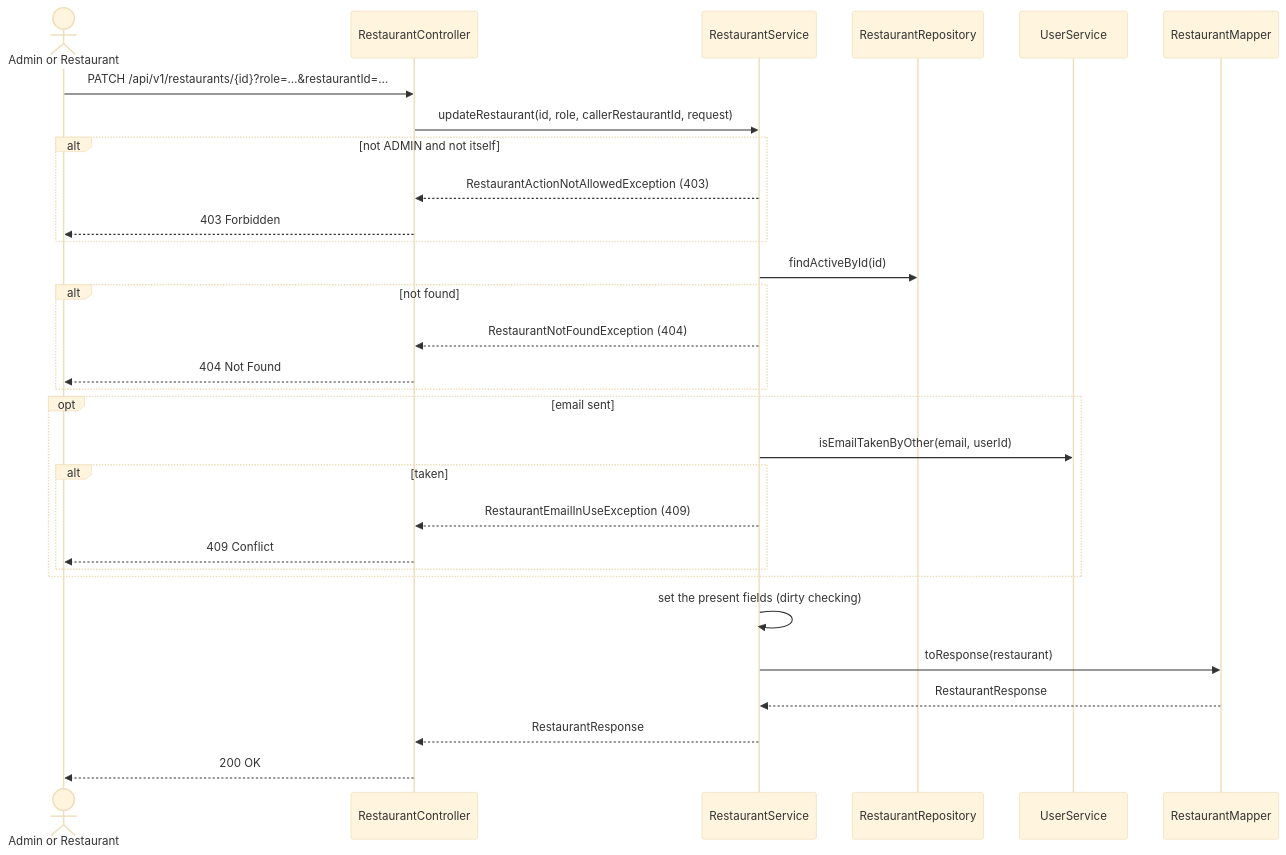
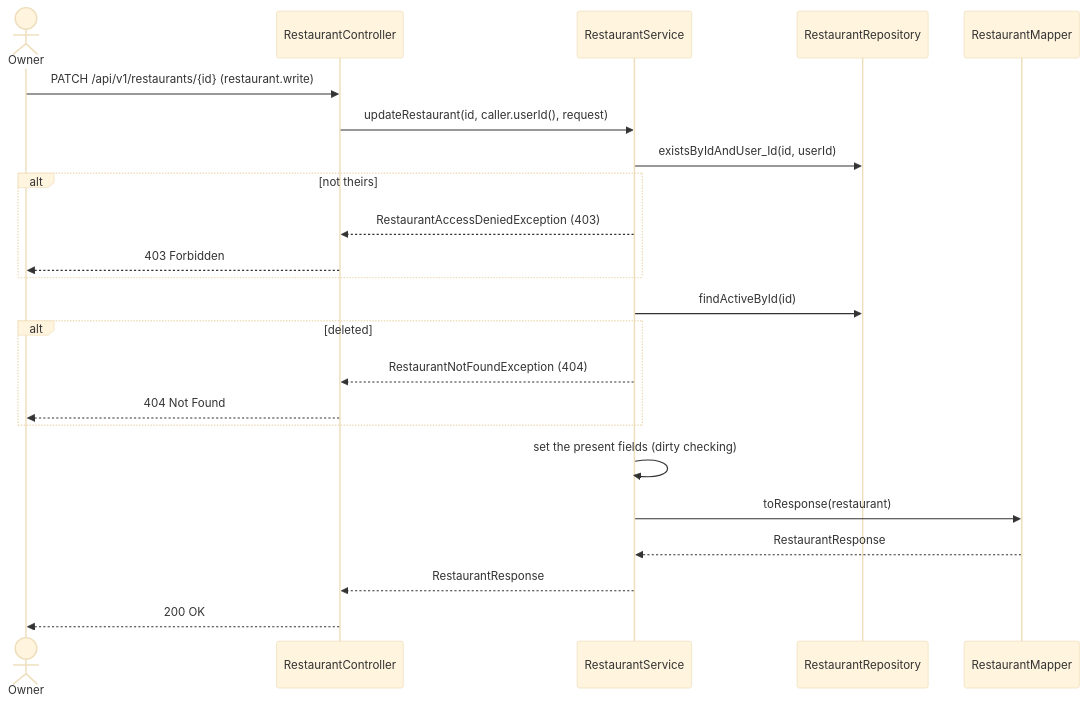
The second of 2 diagrams in restaurant/.docs/use-cases/restaurant-management/update-restaurant/update-restaurant.md (msmohammed0077-cmd/mentorship-restaurant), drawn with Mermaid (base theme) before and after one commit. The commit also changed other lines of this file and 27 other files, not shown here.

````diff
--- a/restaurant/.docs/use-cases/restaurant-management/update-restaurant/update-restaurant.md
+++ b/restaurant/.docs/use-cases/restaurant-management/update-restaurant/update-restaurant.md
@@ -128,33 +127,26 @@
 ```mermaid
 sequenceDiagram
-    actor Caller as Admin or Restaurant
+    actor Owner
     participant C as RestaurantController
     participant S as RestaurantService
     participant R as RestaurantRepository
-    participant U as UserService
     participant M as RestaurantMapper
 
-    Caller->>C: PATCH /api/v1/restaurants/{id}?role=…&restaurantId=…
-    C->>S: updateRestaurant(id, role, callerRestaurantId, request)
-    alt not ADMIN and not itself
-        S-->>C: RestaurantActionNotAllowedException (403)
-        C-->>Caller: 403 Forbidden
+    Owner->>C: PATCH /api/v1/restaurants/{id} (restaurant.write)
+    C->>S: updateRestaurant(id, caller.userId(), request)
+    S->>R: existsByIdAndUser_Id(id, userId)
+    alt not theirs
+        S-->>C: RestaurantAccessDeniedException (403)
+        C-->>Owner: 403 Forbidden
     end
     S->>R: findActiveById(id)
-    alt not found
+    alt deleted
         S-->>C: RestaurantNotFoundException (404)
-        C-->>Caller: 404 Not Found
-    end
-    opt email sent
-        S->>U: isEmailTakenByOther(email, userId)
-        alt taken
-            S-->>C: RestaurantEmailInUseException (409)
-            C-->>Caller: 409 Conflict
-        end
+        C-->>Owner: 404 Not Found
     end
     S->>S: set the present fields (dirty checking)
     S->>M: toResponse(restaurant)
     M-->>S: RestaurantResponse
     S-->>C: RestaurantResponse
-    C-->>Caller: 200 OK
+    C-->>Owner: 200 OK
 ```
````
